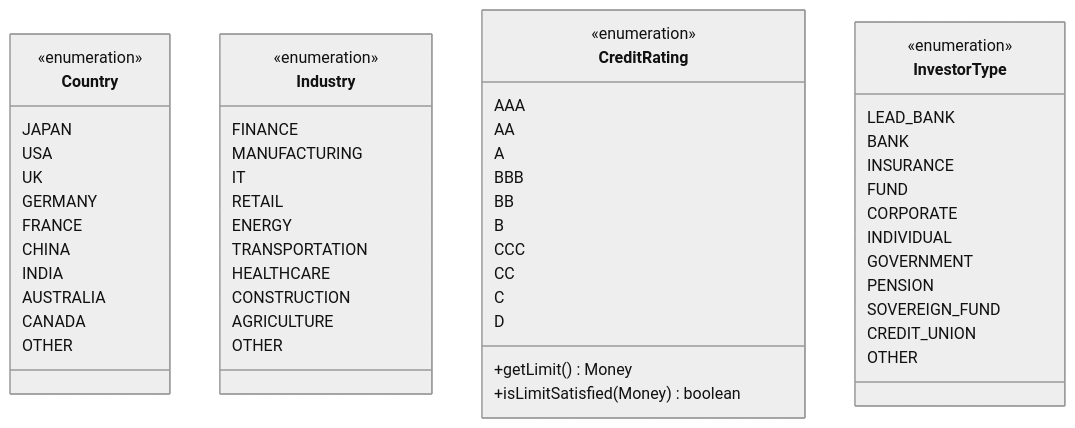
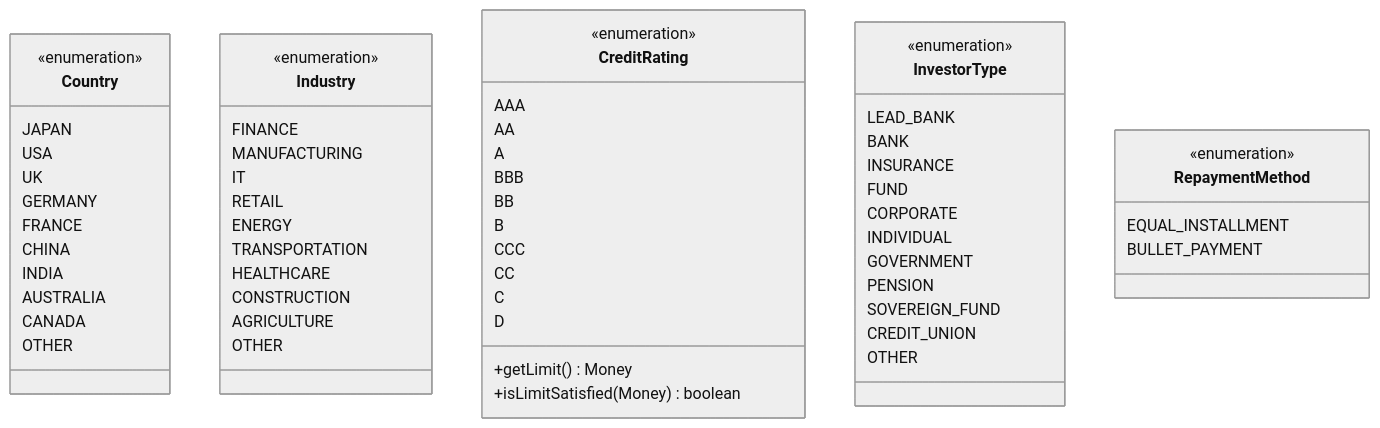
The third of 9 diagrams in data-model.md (tis-abe-akira/ddd-ai), drawn with Mermaid (neutral theme) before and after one commit. The commit also changed other lines of this file and 5 other files, not shown here.

````diff
--- a/data-model.md
+++ b/data-model.md
@@ -126,61 +169,67 @@
 ```mermaid
 classDiagram
     class Country {
         <<enumeration>>
         JAPAN
         USA
         UK
         GERMANY
         FRANCE
         CHINA
         INDIA
         AUSTRALIA
         CANADA
         OTHER
     }
 
     class Industry {
         <<enumeration>>
         FINANCE
         MANUFACTURING
         IT
         RETAIL
         ENERGY
         TRANSPORTATION
         HEALTHCARE
         CONSTRUCTION
         AGRICULTURE
         OTHER
     }
 
     class CreditRating {
         <<enumeration>>
         AAA
         AA
         A
         BBB
         BB
         B
         CCC
         CC
         C
         D
         +getLimit() Money
         +isLimitSatisfied(Money) boolean
     }
 
     class InvestorType {
         <<enumeration>>
         LEAD_BANK
         BANK
         INSURANCE
         FUND
         CORPORATE
         INDIVIDUAL
         GOVERNMENT
         PENSION
         SOVEREIGN_FUND
         CREDIT_UNION
         OTHER
     }
+
+    class RepaymentMethod {
+        <<enumeration>>
+        EQUAL_INSTALLMENT
+        BULLET_PAYMENT
+    }
 ```
````
